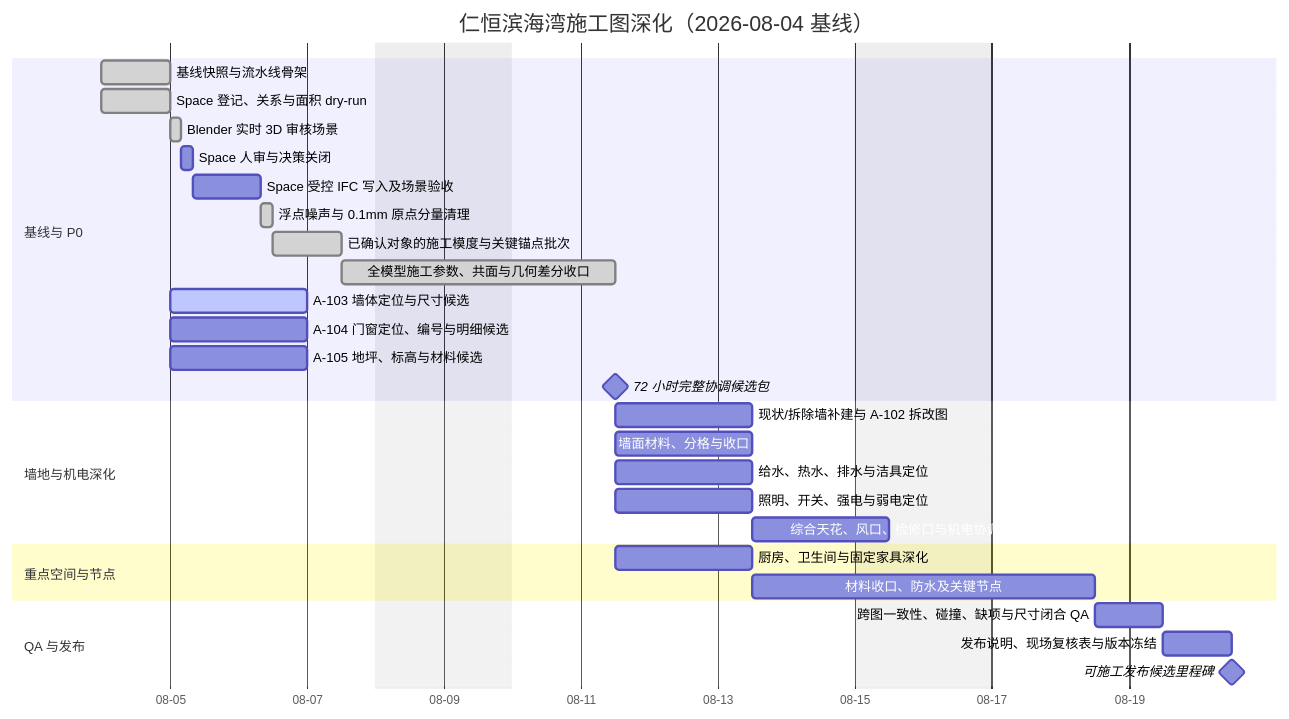
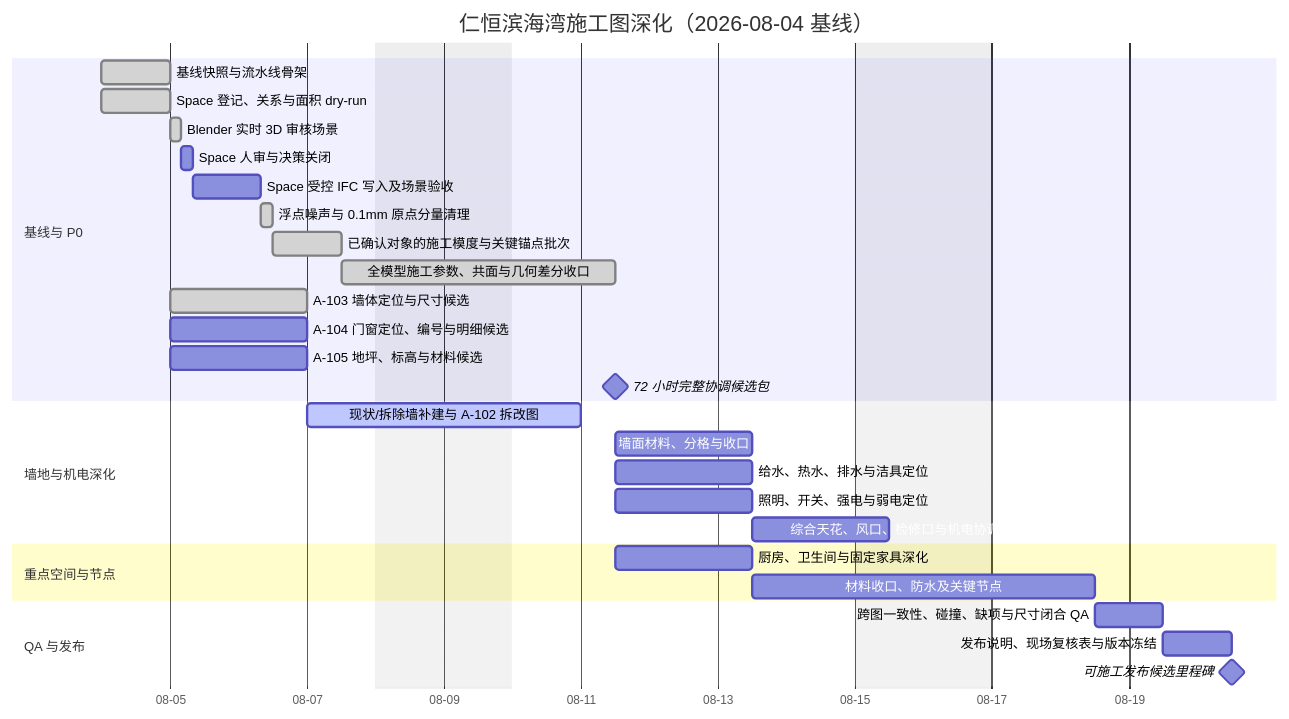
One commit to Weihan96/2504-GBTB-Yanlord-Zhuhai changed the diagram in drawings/滨海湾装修施工图深化工作管理.md. Above: the diagram before and after it, drawn with Mermaid. The commit also changed other lines of this file and 13 other files, not shown here.

````diff
--- a/drawings/滨海湾装修施工图深化工作管理.md
+++ b/drawings/滨海湾装修施工图深化工作管理.md
@@ -64,37 +64,37 @@
 ```mermaid
 gantt
     title 仁恒滨海湾施工图深化（2026-08-04 基线）
     dateFormat  YYYY-MM-DD
     axisFormat  %m-%d
     excludes    weekends
 
     section 基线与 P0
     基线快照与流水线骨架                 :done, M000, 2026-08-04, 1d
     Space 登记、关系与面积 dry-run       :done, S001, 2026-08-04, 1d
     Blender 实时 3D 审核场景              :done, S002A, after S001, 4h
     Space 人审与决策关闭                 :S002, after S002A, 4h
     Space 受控 IFC 写入及场景验收         :S003, after S002, 1d
     浮点噪声与 0.1mm 原点分量清理          :done, C001, after S003, 4h
     已确认对象的施工模度与关键锚点批次       :done, C002, after C001, 1d
     全模型施工参数、共面与几何差分收口       :done, C003, after C002, 2d
-    A-103 墙体定位与尺寸候选              :active, A103, after S001, 2d
+    A-103 墙体定位与尺寸候选              :done, A103, after S001, 2d
     A-104 门窗定位、编号与明细候选         :A104, after S001, 2d
     A-105 地坪、标高与材料候选             :A105, after S001, 2d
     72 小时完整协调候选包                 :milestone, M072, after C003 A103 A104 A105, 0d
 
     section 墙地与机电深化
-    现状/拆除墙补建与 A-102 拆改图         :A102, after M072, 2d
+    现状/拆除墙补建与 A-102 拆改图         :active, A102, after A103, 2d
     墙面材料、分格与收口                  :WFIN, after M072, 2d
     给水、热水、排水与洁具定位             :PLUM, after M072, 2d
     照明、开关、强电与弱电定位             :ELEC, after M072, 2d
     综合天花、风口、检修口与机电协调        :RCP1, after ELEC, 2d
 
     section 重点空间与节点
     厨房、卫生间与固定家具深化             :INT1, after M072, 2d
     材料收口、防水及关键节点               :DET1, after INT1, 3d
 
     section QA 与发布
     跨图一致性、碰撞、缺项与尺寸闭合 QA     :QA01, after RCP1 DET1 WFIN PLUM, 1d
     发布说明、现场复核表与版本冻结           :REL1, after QA01, 1d
     可施工发布候选里程碑                   :milestone, MREL, after REL1, 0d
 ```
````
